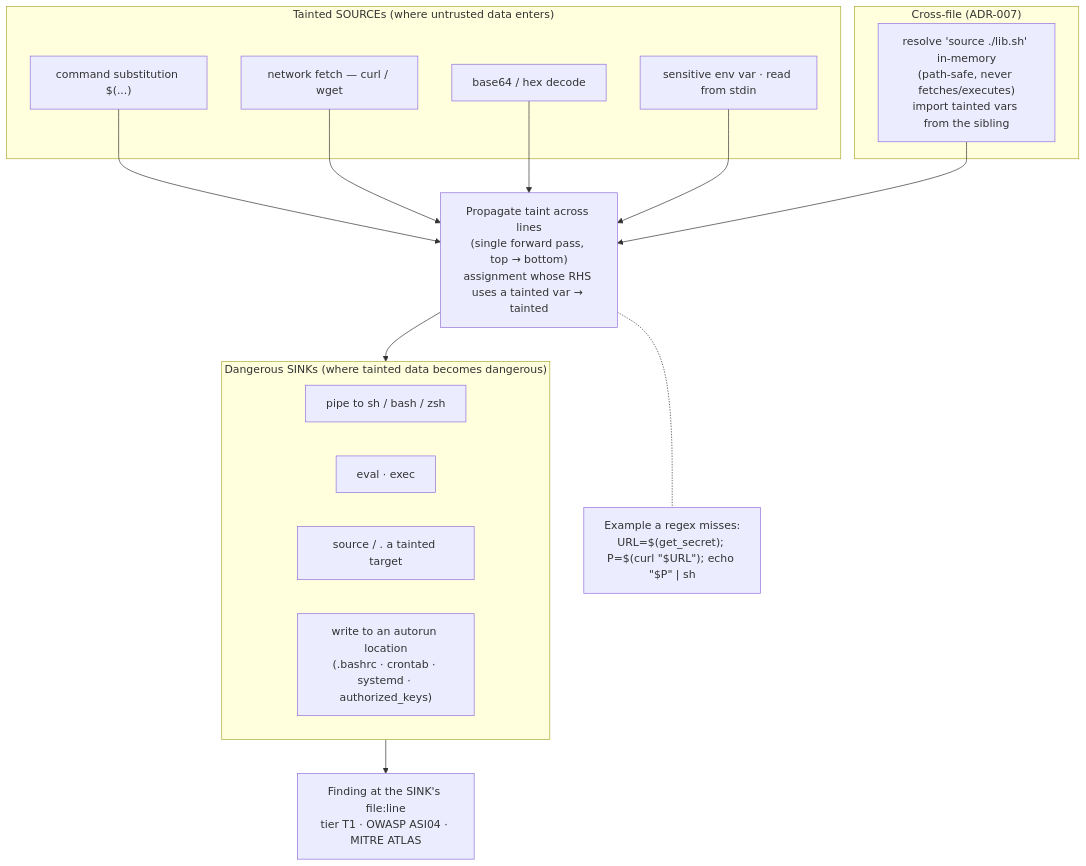
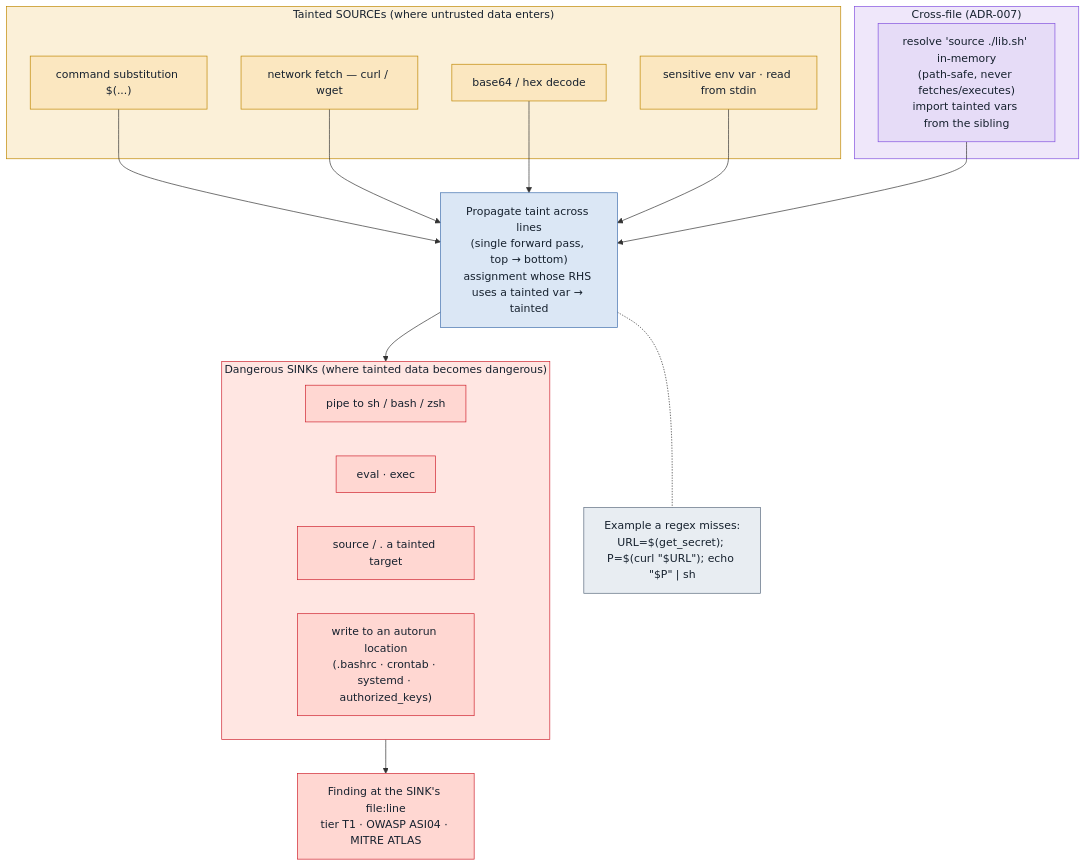
The diagram in doc/guide/diagrams/taint-flow.mmd (whatbirdisthat/exosphere), drawn with Mermaid before and after one commit. The commit also changed 23 other files, not shown here.

First line of the commit message:
🎨 docs(diagrams): semantic colour-coding + fix oversized README headline

```diff
--- a/doc/guide/diagrams/taint-flow.mmd
+++ b/doc/guide/diagrams/taint-flow.mmd
@@ -1,30 +1,40 @@
 %% T1 dataflow/taint: catching a payload split across lines (and files) that single-line regex misses.
+%% Colour key: amber = untrusted input · blue = the analysis · purple = cross-file · red = danger.
 %% Source: src/core/matchers/shell-dataflow.ts, shell-crossfile-dataflow.ts, ADR-006/007
 flowchart TD
     subgraph SRC["Tainted SOURCEs (where untrusted data enters)"]
-        s1["command substitution $(...)"]
-        s2["network fetch — curl / wget"]
-        s3["base64 / hex decode"]
-        s4["sensitive env var · read from stdin"]
+        s1["command substitution $(...)"]:::warn
+        s2["network fetch — curl / wget"]:::warn
+        s3["base64 / hex decode"]:::warn
+        s4["sensitive env var · read from stdin"]:::warn
     end
 
-    P["Propagate taint across lines<br/>(single forward pass, top → bottom)<br/>assignment whose RHS uses a tainted var → tainted"]
+    P["Propagate taint across lines<br/>(single forward pass, top → bottom)<br/>assignment whose RHS uses a tainted var → tainted"]:::core
 
     subgraph XF["Cross-file (ADR-007)"]
-        x1["resolve 'source ./lib.sh' in-memory<br/>(path-safe, never fetches/executes)<br/>import tainted vars from the sibling"]
+        x1["resolve 'source ./lib.sh' in-memory<br/>(path-safe, never fetches/executes)<br/>import tainted vars from the sibling"]:::accent
     end
 
     subgraph SINK["Dangerous SINKs (where tainted data becomes dangerous)"]
-        k1["pipe to sh / bash / zsh"]
-        k2["eval · exec"]
-        k3["source / . a tainted target"]
-        k4["write to an autorun location<br/>(.bashrc · crontab · systemd · authorized_keys)"]
+        k1["pipe to sh / bash / zsh"]:::danger
+        k2["eval · exec"]:::danger
+        k3["source / . a tainted target"]:::danger
+        k4["write to an autorun location<br/>(.bashrc · crontab · systemd · authorized_keys)"]:::danger
     end
 
     s1 & s2 & s3 & s4 --> P
     x1 --> P
     P --> SINK
-    SINK --> F["Finding at the SINK's file:line<br/>tier T1 · OWASP ASI04 · MITRE ATLAS"]
+    SINK --> F["Finding at the SINK's file:line<br/>tier T1 · OWASP ASI04 · MITRE ATLAS"]:::danger
 
-    note["Example a regex misses:<br/>URL=$(get_secret); P=$(curl &quot;$URL&quot;); echo &quot;$P&quot; | sh"]
+    note["Example a regex misses:<br/>URL=$(get_secret); P=$(curl &quot;$URL&quot;); echo &quot;$P&quot; | sh"]:::input
     P -.- note
+
+    classDef warn fill:#fbe7c0,stroke:#bf8700,color:#16212e;
+    classDef core fill:#dbe7f5,stroke:#3f6fae,color:#16212e;
+    classDef accent fill:#e6dcf7,stroke:#8250df,color:#16212e;
+    classDef danger fill:#ffd7d2,stroke:#cf222e,color:#16212e;
+    classDef input fill:#e8edf2,stroke:#5b6b7f,color:#16212e;
+    style SRC fill:#fbf0d8,stroke:#bf8700,color:#16212e;
+    style XF fill:#efe7fa,stroke:#8250df,color:#16212e;
+    style SINK fill:#ffe6e2,stroke:#cf222e,color:#16212e;
```
